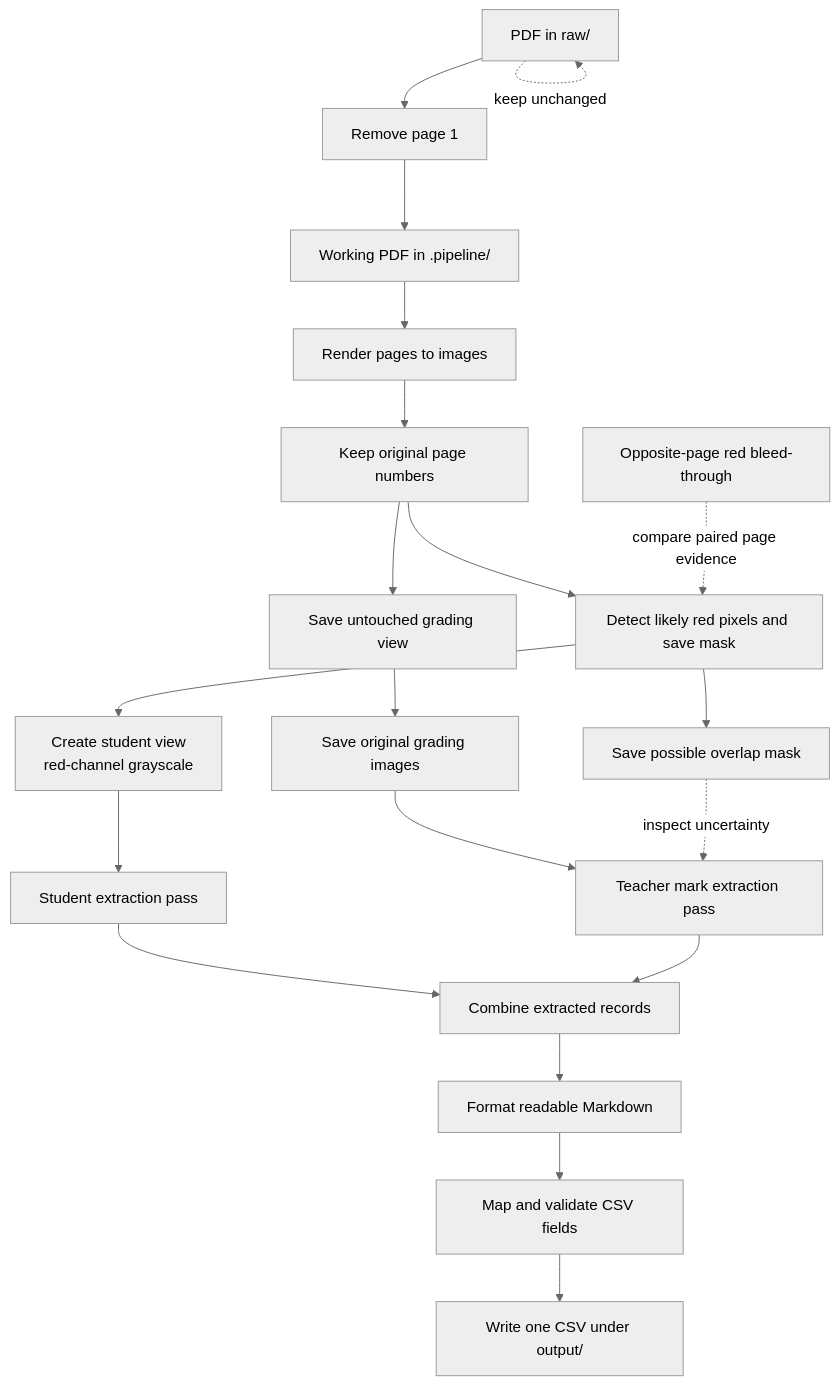
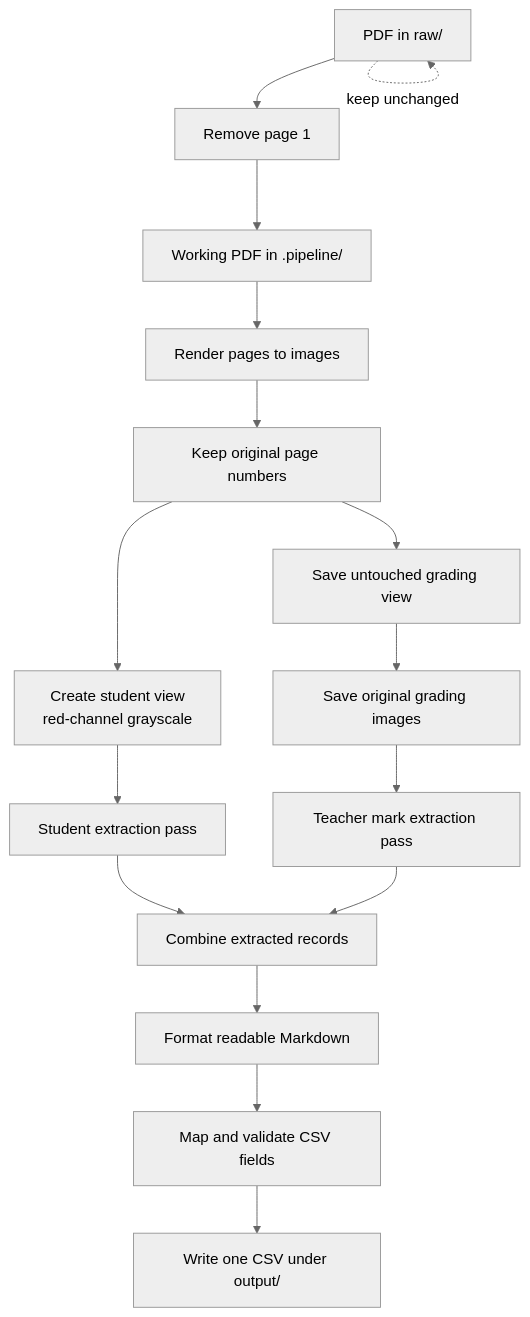
The diagram in docs/pipeline-flow.md (PrameKung/capstone-pipeline-pdf-to-dataset), drawn with Mermaid (neutral theme) before and after one commit. The commit also changed other lines of this file and 7 other files, not shown here.

````diff
--- a/docs/pipeline-flow.md
+++ b/docs/pipeline-flow.md
@@ -5,24 +5,20 @@
 ```mermaid
 flowchart TD
     A[PDF in raw/] --> B[Remove page 1]
     A -. keep unchanged .-> A
     B --> C[Working PDF in .pipeline/]
     C --> D[Render pages to images]
     D --> E[Keep original page numbers]
     E --> F[Save untouched grading view]
-    E --> G[Detect likely red pixels and save mask]
     F --> H[Save original grading images]
-    G --> I[Create student view<br/>red-channel grayscale]
-    G --> J[Save possible overlap mask]
+    E --> I[Create student view<br/>red-channel grayscale]
 
     I --> K[Student extraction pass]
     H --> L[Teacher mark extraction pass]
     K --> M[Combine extracted records]
     L --> M
     M --> N[Format readable Markdown]
     N --> O[Map and validate CSV fields]
     O --> P[Write one CSV under output/]
 
-    Q[Opposite-page red bleed-through] -. compare paired page evidence .-> G
-    J -. inspect uncertainty .-> L
 ```
````
